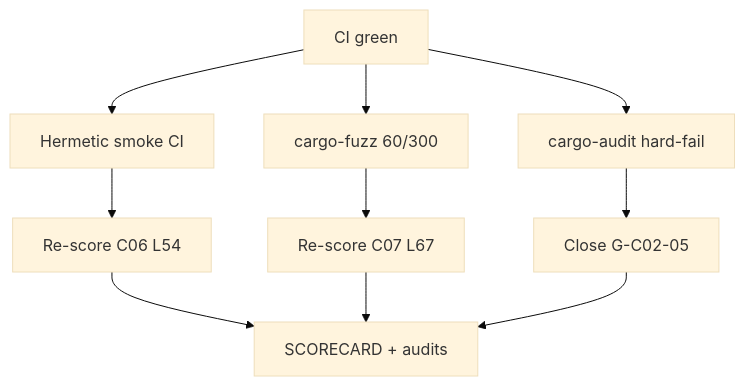
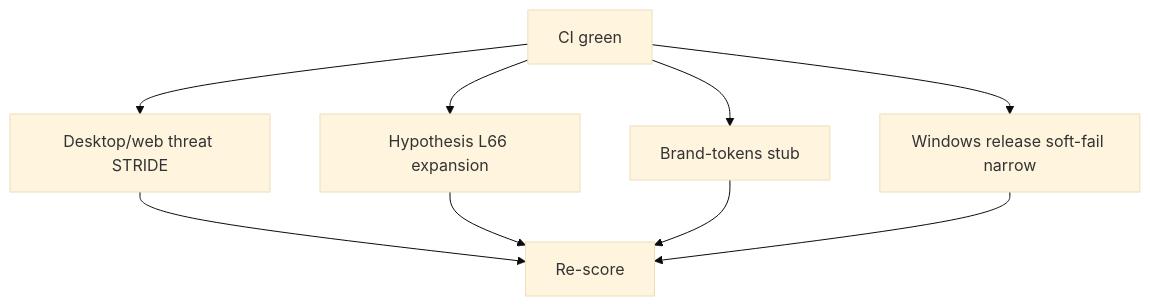
One commit to KooshaPari/Melosviz changed the diagram in docs/WORK_DAG.md. Above: the diagram before and after it, drawn with Mermaid (base theme). The commit also changed other lines of this file and 21 other files, not shown here.

First line of the commit message:
feat: desktop/web threat model, Hypothesis L66, brand-tokens stub, Windows release harden

````diff
--- a/docs/WORK_DAG.md
+++ b/docs/WORK_DAG.md
@@ -5,12 +5,11 @@
 ```mermaid
 flowchart TD
-  A[CI green] --> B[Hermetic smoke CI]
-  A --> C[cargo-fuzz 60/300]
-  A --> D[cargo-audit hard-fail]
-  B --> E[Re-score C06 L54]
-  C --> F[Re-score C07 L67]
-  D --> G[Close G-C02-05]
-  E --> H[SCORECARD + audits]
-  F --> H
-  G --> H
+  A[CI green] --> B[Desktop/web threat STRIDE]
+  A --> C[Hypothesis L66 expansion]
+  A --> D[Brand-tokens stub]
+  A --> E[Windows release soft-fail narrow]
+  B --> F[Re-score]
+  C --> F
+  D --> F
+  E --> F
 ```
````
